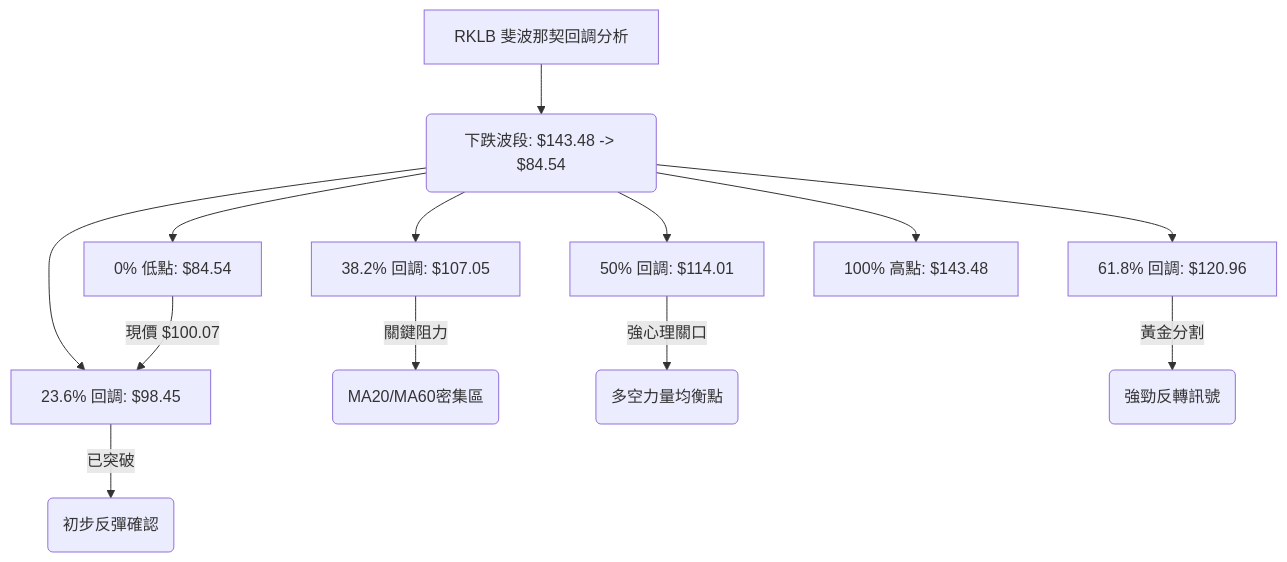
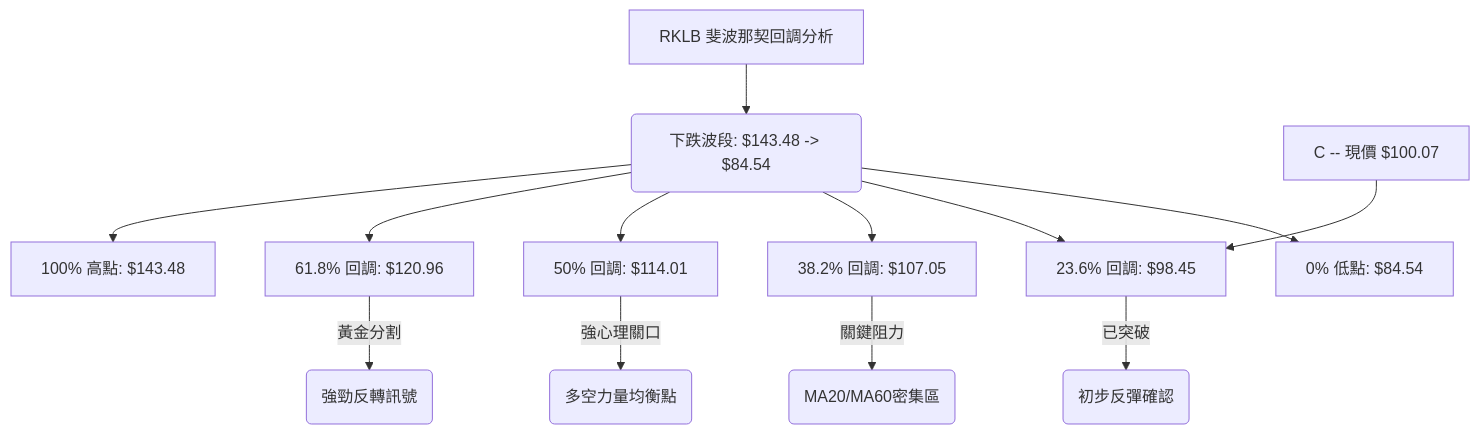
Before and after one commit to yennanliu/finance_data: the fifth of 11 diagrams in ai_gen_report/stock/rklb/technical_analysis_2026-07-02_gemini.md, drawn with Mermaid. The commit also changed other lines of this file and 2258 other files, not shown here.

First line of the commit message:
chore: backfill Mermaid syntax repair across existing reports

````diff
--- a/ai_gen_report/stock/rklb/technical_analysis_2026-07-02_gemini.md
+++ b/ai_gen_report/stock/rklb/technical_analysis_2026-07-02_gemini.md
@@ -396,17 +396,17 @@
 ```mermaid
 graph TD
-    A[RKLB 斐波那契回調分析] --> B(下跌波段: $143.48 -> $84.54)
-    B --> C[0% 低點: $84.54]
-    B --> D[23.6% 回調: $98.45]
-    B --> E[38.2% 回調: $107.05]
-    B --> F[50% 回調: $114.01]
-    B --> G[61.8% 回調: $120.96]
-    B --> H[100% 高點: $143.48]
+    A["RKLB 斐波那契回調分析"] --> B("下跌波段: $143.48 -> $84.54")
+    B --> C["0% 低點: $84.54"]
+    B --> D["23.6% 回調: $98.45"]
+    B --> E["38.2% 回調: $107.05"]
+    B --> F["50% 回調: $114.01"]
+    B --> G["61.8% 回調: $120.96"]
+    B --> H["100% 高點: $143.48"]
 
-    D -- 已突破 --> I(初步反彈確認)
-    E -- 關鍵阻力 --> J(MA20/MA60密集區)
-    F -- 強心理關口 --> K(多空力量均衡點)
-    G -- 黃金分割 --> L(強勁反轉訊號)
+    D -- 已突破 --> I("初步反彈確認")
+    E -- 關鍵阻力 --> J("MA20/MA60密集區")
+    F -- 強心理關口 --> K("多空力量均衡點")
+    G -- 黃金分割 --> L("強勁反轉訊號")
 
-    C -- 現價 $100.07 --> D
+    nb1["C -- 現價 $100.07"] --> D
 ```
````
